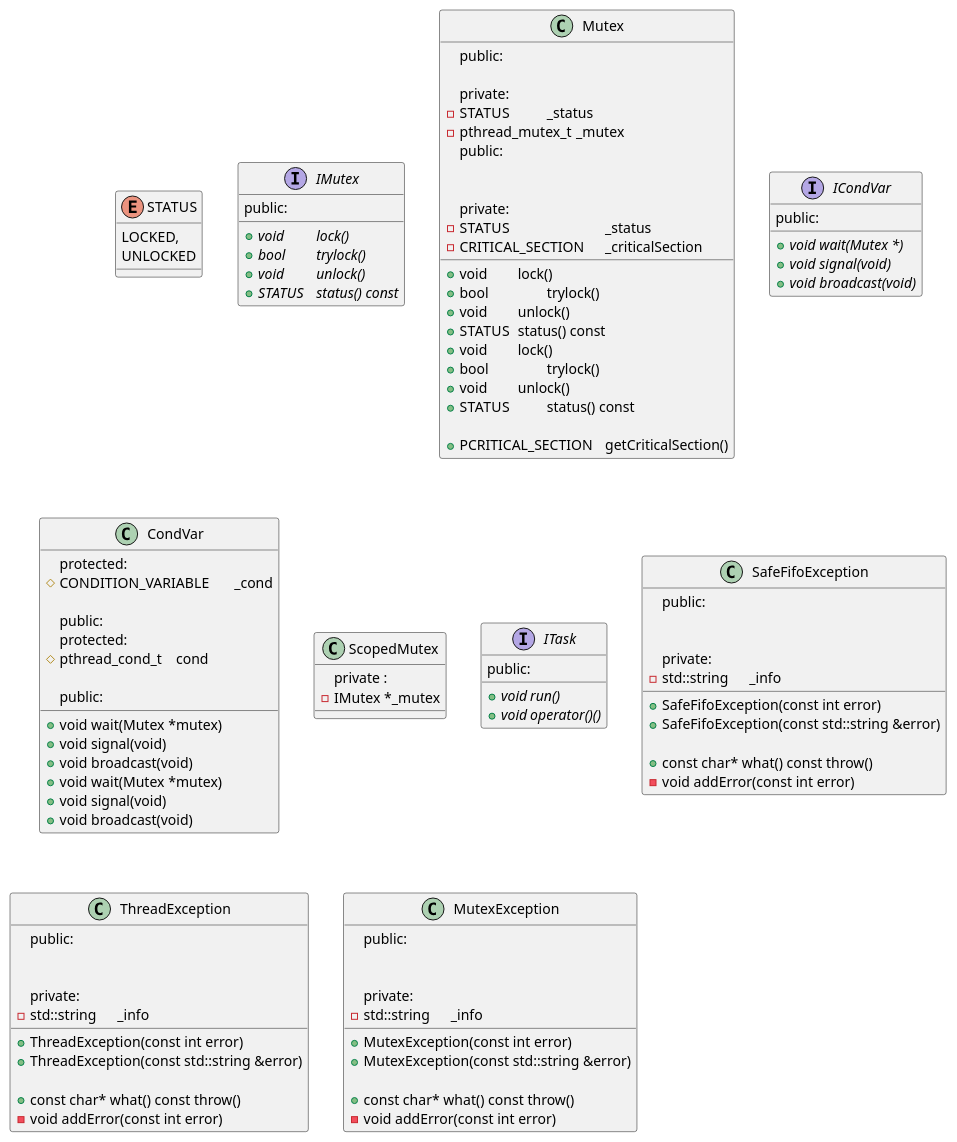
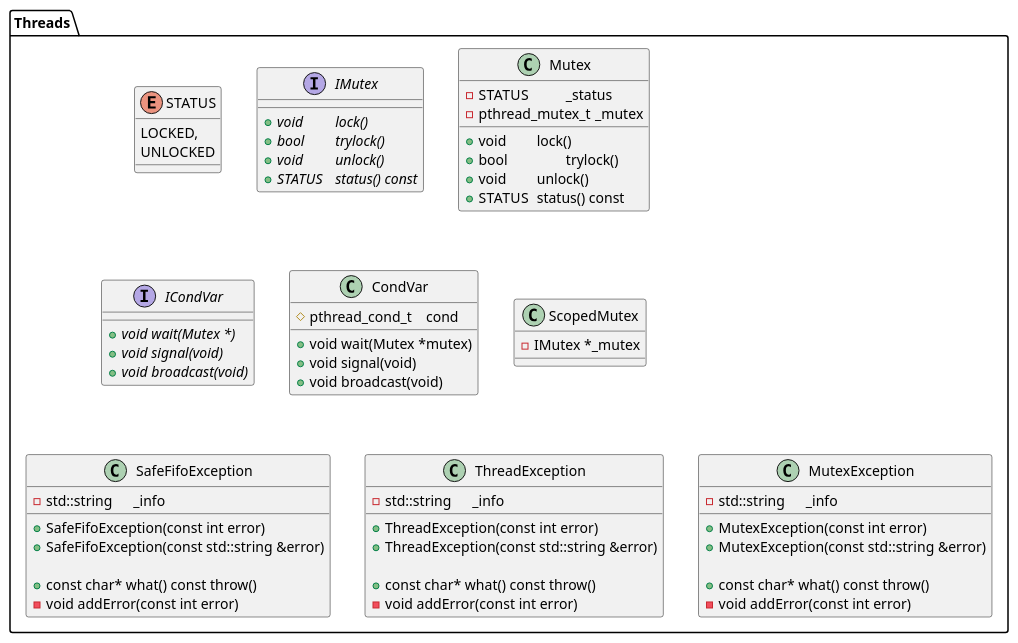
One commit to deb0ch/R-Type changed the diagram in doc/UML/Threads-Classes.iuml. Above: the diagram before and after it, drawn with PlantUML. The commit also changed 10 other files, not shown here.

```diff
--- a/doc/UML/Threads-Classes.iuml
+++ b/doc/UML/Threads-Classes.iuml
@@ -1,112 +1,86 @@
-  enum	STATUS {
+package Threads {
+
+enum	STATUS {
       LOCKED,
       UNLOCKED
     }
 
 interface IMutex {
-public:
+
   + {abstract} void		lock()
   + {abstract} bool		trylock()
   + {abstract} void		unlock()
   + {abstract} STATUS	status() const
 }
 
 class Mutex {
-public:
+
   + void		lock()
   + bool		trylock()
   + void		unlock()
   + STATUS	status() const
 
-private:
+
   - STATUS		_status
   - pthread_mutex_t	_mutex
 }
 
 interface ICondVar {
-public:
+
   + {abstract} void wait(Mutex *)
   + {abstract} void signal(void)
   + {abstract} void broadcast(void)
 }
 
 class CondVar {
-protected:
-	# CONDITION_VARIABLE	_cond
 
-public:
-	+ void wait(Mutex *mutex)
-	+ void signal(void)
-	+ void broadcast(void)
-}
-
-class Mutex {
-public:
-	+ void		lock()
-	+ bool		trylock()
-	+ void		unlock()
-	+ STATUS		status() const
-
-	+ PCRITICAL_SECTION	getCriticalSection()
-
-private:
-	- STATUS				_status
-	- CRITICAL_SECTION	_criticalSection
-}
-
-class CondVar {
-protected:
   # pthread_cond_t	cond
 
-public:
+
   + void wait(Mutex *mutex)
   + void signal(void)
   + void broadcast(void)
 }
 
 class ScopedMutex {
-private :
+
 	- IMutex *_mutex
 }
 
-interface ITask {
-public:
-  + {abstract} void	run()
-  + {abstract} void	operator()()
-}
+class SafeFifoException {
 
-class SafeFifoException {
-public:
   + SafeFifoException(const int error)
   + SafeFifoException(const std::string &error)
 
   + const char* what() const throw()
 
-private:
+
   - void addError(const int error)
   - std::string	_info
 }
 
 class ThreadException {
-public:
+
   + ThreadException(const int error)
   + ThreadException(const std::string &error)
 
   + const char* what() const throw()
 
-private:
+
   - void addError(const int error)
   - std::string	_info
 }
 
 class MutexException {
-public:
+
   + MutexException(const int error)
   + MutexException(const std::string &error)
 
   + const char* what() const throw()
 
-private:
+
   - void addError(const int error)
   - std::string	_info
 }
+
+}
```
